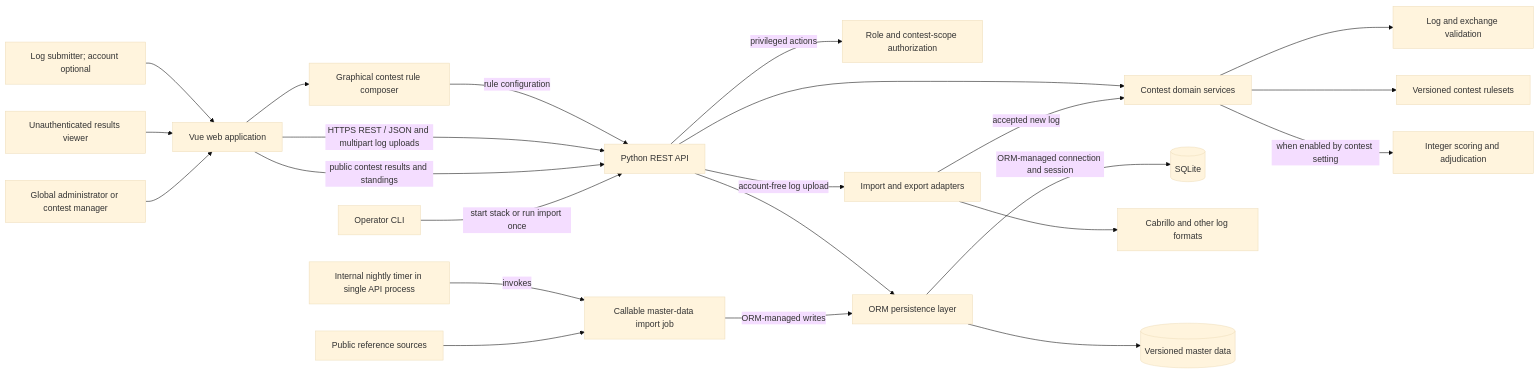
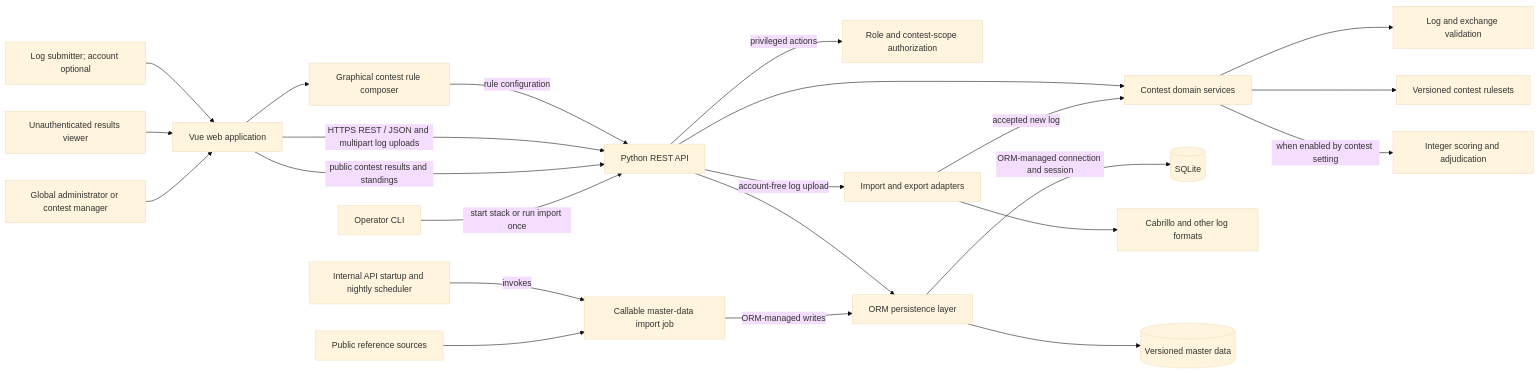
One commit to ea7klk/contestmaster changed the first of 3 diagrams in documentation/README.md. Above: the diagram before and after it, drawn with Mermaid (base theme). The commit also changed other lines of this file and 2 other files, not shown here.

Commit message:
Bootstrap master data when API starts empty

````diff
--- a/documentation/README.md
+++ b/documentation/README.md
@@ -70,25 +70,25 @@
 ```mermaid
 flowchart LR
     Participant[Log submitter; account optional] --> Web[Vue web application]
     Visitor[Unauthenticated results viewer] --> Web
     PrivilegedUser[Global administrator or contest manager] --> Web
     Web --> Composer[Graphical contest rule composer]
     Composer -->|rule configuration| API[Python REST API]
     Web -->|HTTPS REST / JSON and multipart log uploads| API[Python REST API]
     Web -->|public contest results and standings| API
     API -->|privileged actions| Auth[Role and contest-scope authorization]
     API --> Domain[Contest domain services]
     Domain --> Validation[Log and exchange validation]
     Domain --> Rules[Versioned contest rulesets]
     Domain -->|when enabled by contest setting| Scoring[Integer scoring and adjudication]
     API --> Store[ORM persistence layer]
     Store -->|ORM-managed connection and session| DB[(SQLite)]
     API -->|account-free log upload| Adapters[Import and export adapters]
     Adapters -->|accepted new log| Domain
     Adapters --> Formats[Cabrillo and other log formats]
-    Timer[Internal nightly timer in single API process] -->|invokes| MasterImport[Callable master-data import job]
+    Timer[Internal API startup and nightly scheduler] -->|invokes| MasterImport[Callable master-data import job]
     CLI[Operator CLI] -->|start stack or run import once| API
     PublicSources[Public reference sources] --> MasterImport
     MasterImport -->|ORM-managed writes| Store
     Store --> ReferenceData[(Versioned master data)]
 ```
````
